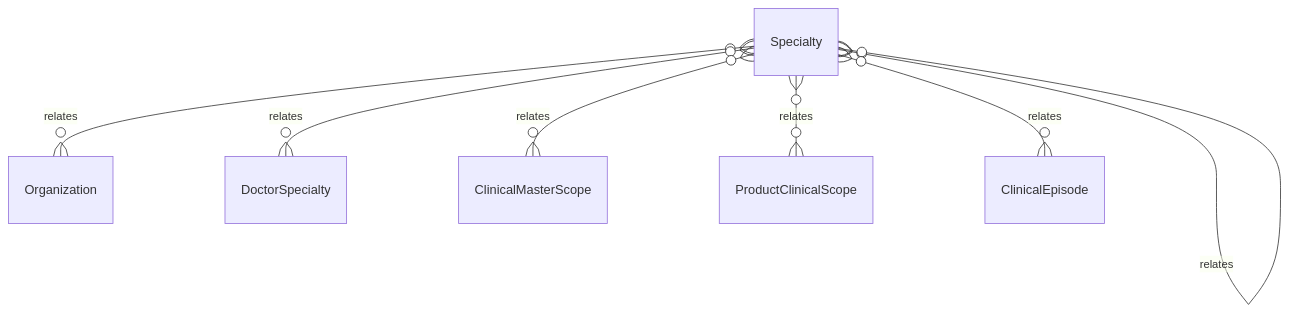
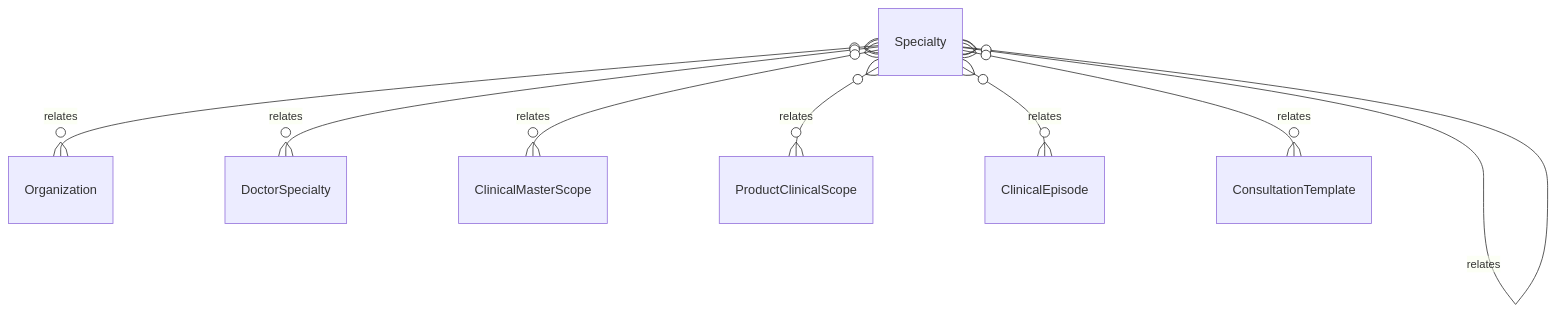
One commit to tejasnirala/rcln changed the diagram in .kb/Database/Specialty.md. Above: the diagram before and after it, drawn with Mermaid. The commit also changed other lines of this file and 99 other files, not shown here.

````diff
--- a/.kb/Database/Specialty.md
+++ b/.kb/Database/Specialty.md
@@ -54,9 +56,10 @@
 ```mermaid
 erDiagram
     Specialty }o--o{ Organization : relates
     Specialty }o--o{ Specialty : relates
     Specialty }o--o{ DoctorSpecialty : relates
     Specialty }o--o{ ClinicalMasterScope : relates
     Specialty }o--o{ ProductClinicalScope : relates
     Specialty }o--o{ ClinicalEpisode : relates
+    Specialty }o--o{ ConsultationTemplate : relates
 ```
````
